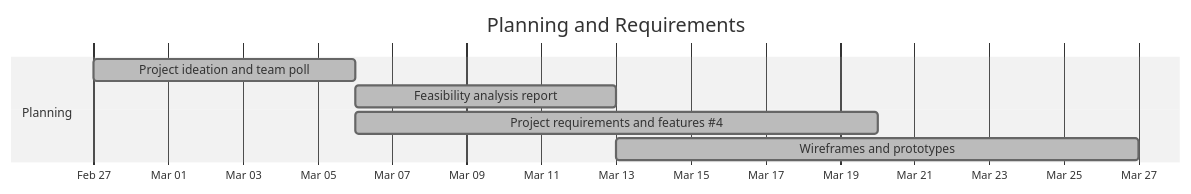
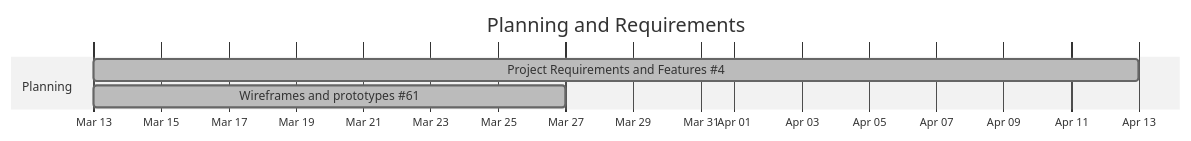
Before and after one commit to LuizGomes56/poosd_final_project: the first of 6 diagrams in GANTT.md, drawn with Mermaid (neutral theme). The commit also changed other lines of this file and 1 other file, not shown here.

Commit message:
updated readme and gantt chart

````diff
--- a/GANTT.md
+++ b/GANTT.md
@@ -28,12 +25,10 @@
 ```mermaid
 gantt
     title Planning and Requirements
     dateFormat  YYYY-MM-DD
     axisFormat  %b %d
-
+ 
     section Planning
-    Project ideation and team poll         :done, plan1, 2026-02-27, 2026-03-06
-    Feasibility analysis report            :done, plan2, 2026-03-06, 2026-03-13
-    Project requirements and features #4  :done, plan3, 2026-03-06, 2026-03-20
-    Wireframes and prototypes              :done, plan4, 2026-03-13, 2026-03-27
+    Project Requirements and Features #4   :done, plan1, 2026-03-13, 2026-04-13
+    Wireframes and prototypes #61          :done, plan2, 2026-03-13, 2026-03-27
 ```
````
